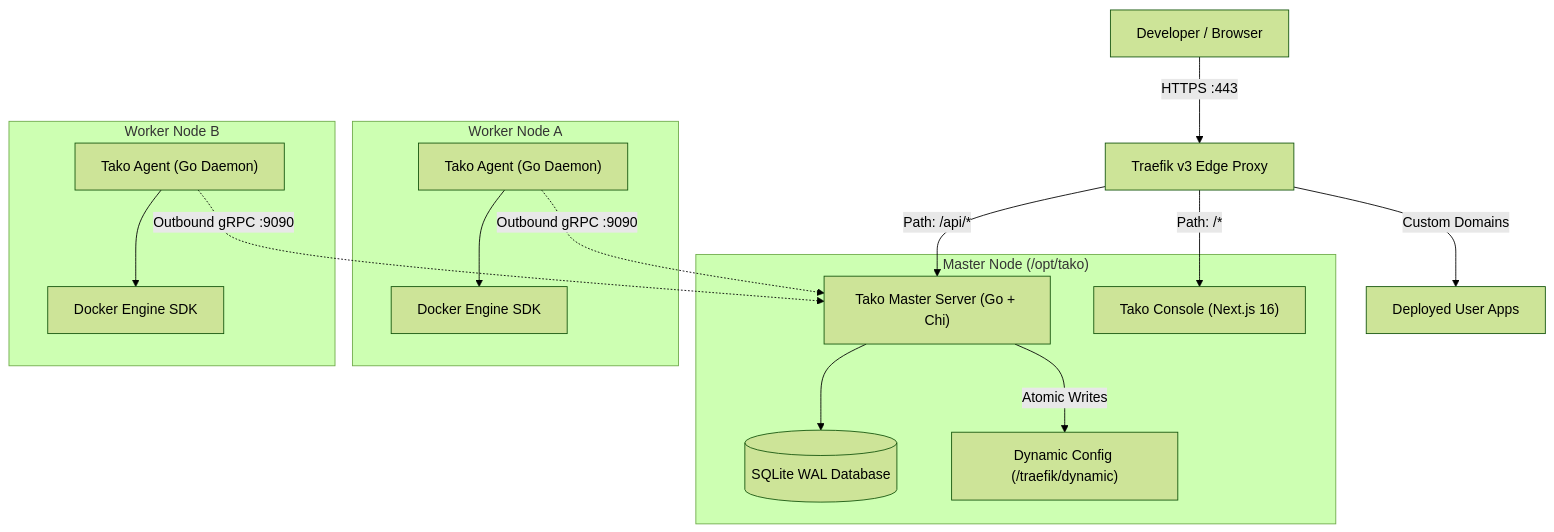
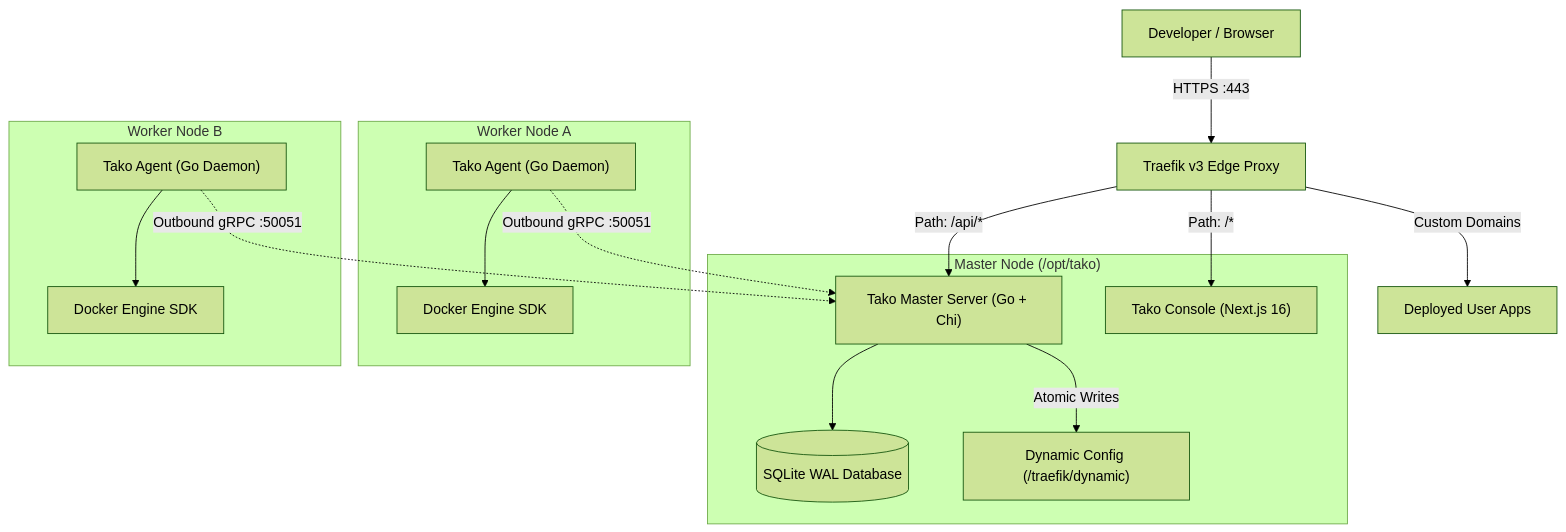
The diagram in README.md (gettako/tako), drawn with Mermaid (forest theme) before and after one commit. The commit also changed other lines of this file and 13 other files, not shown here.

````diff
--- a/README.md
+++ b/README.md
@@ -33,31 +40,31 @@
 ```mermaid
 flowchart TD
     User["Developer / Browser"] -->|HTTPS :443| Edge["Traefik v3 Edge Proxy"]
     Edge -->|Path: /api/*| Server["Tako Master Server (Go + Chi)"]
     Edge -->|Path: /*| Console["Tako Console (Next.js 16)"]
     Edge -->|Custom Domains| App["Deployed User Apps"]
 
     subgraph MasterNode["Master Node (/opt/tako)"]
         Server
         Console
         DB[("SQLite WAL Database")]
         TraefikConfig["Dynamic Config (/traefik/dynamic)"]
         Server --> DB
         Server -->|Atomic Writes| TraefikConfig
     end
 
     subgraph WorkerNode1["Worker Node A"]
         AgentA["Tako Agent (Go Daemon)"]
         DockerA["Docker Engine SDK"]
         AgentA --> DockerA
     end
 
     subgraph WorkerNode2["Worker Node B"]
         AgentB["Tako Agent (Go Daemon)"]
         DockerB["Docker Engine SDK"]
         AgentB --> DockerB
     end
 
-    AgentA -.->|Outbound gRPC :9090| Server
-    AgentB -.->|Outbound gRPC :9090| Server
+    AgentA -.->|Outbound gRPC :50051| Server
+    AgentB -.->|Outbound gRPC :50051| Server
 ```
````
